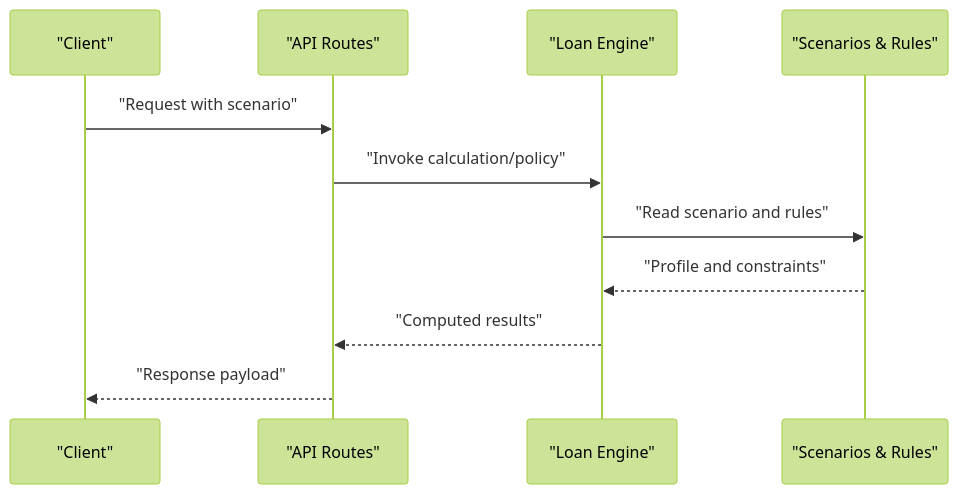
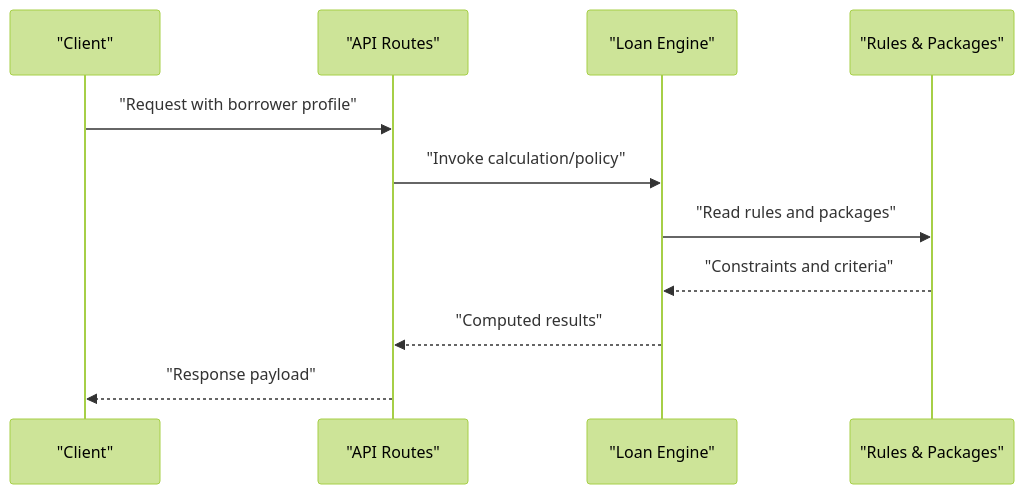
One commit to alibaba-hackathon-fsi/frontend-vaya changed the sixth of 7 diagrams in .qoder/repowiki/en/content/Data Management/Scenarios Management.md. Above: the diagram before and after it, drawn with Mermaid (forest theme). The commit also changed other lines of this file and 36 other files, not shown here.

````diff
--- a/.qoder/repowiki/en/content/Data Management/Scenarios Management.md
+++ b/.qoder/repowiki/en/content/Data Management/Scenarios Management.md
@@ -251,13 +238,13 @@
 ```mermaid
 sequenceDiagram
 participant Client as "Client"
 participant API as "API Routes"
 participant Engine as "Loan Engine"
-participant Data as "Scenarios & Rules"
-Client->>API : "Request with scenario"
+participant Data as "Rules & Packages"
+Client->>API : "Request with borrower profile"
 API->>Engine : "Invoke calculation/policy"
-Engine->>Data : "Read scenario and rules"
-Data-->>Engine : "Profile and constraints"
+Engine->>Data : "Read rules and packages"
+Data-->>Engine : "Constraints and criteria"
 Engine-->>API : "Computed results"
 API-->>Client : "Response payload"
 ```
````
